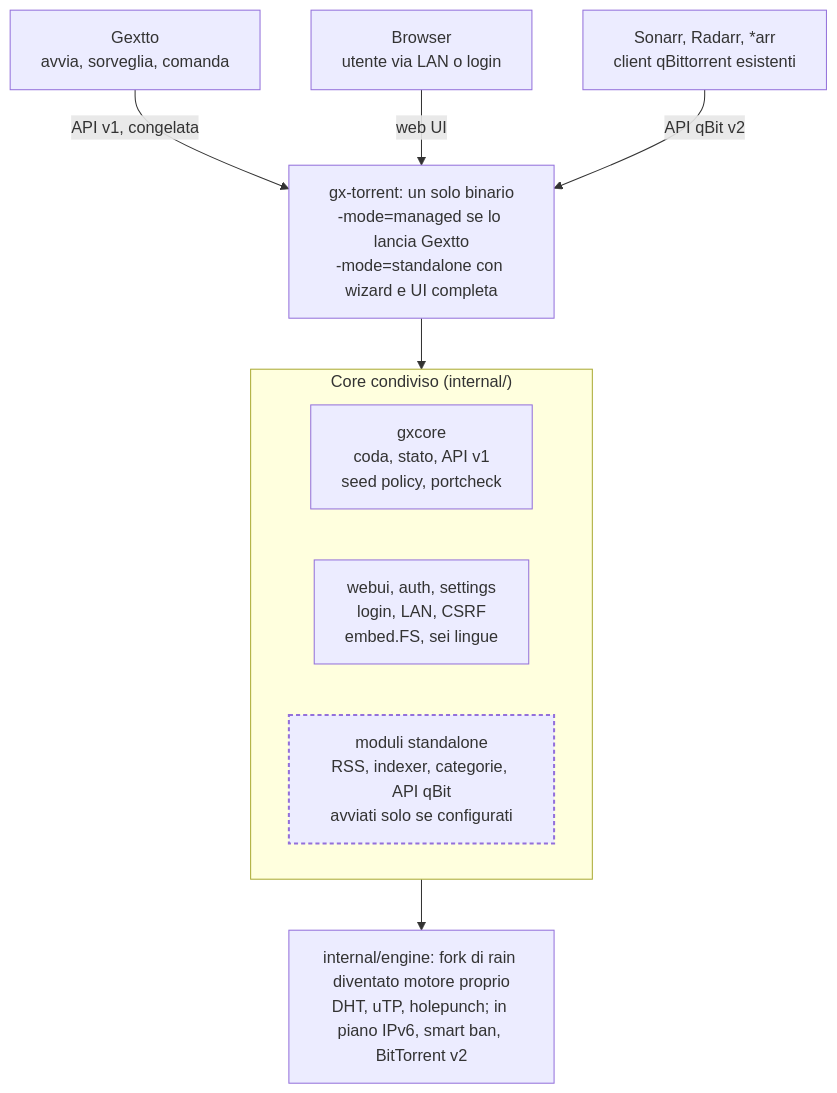
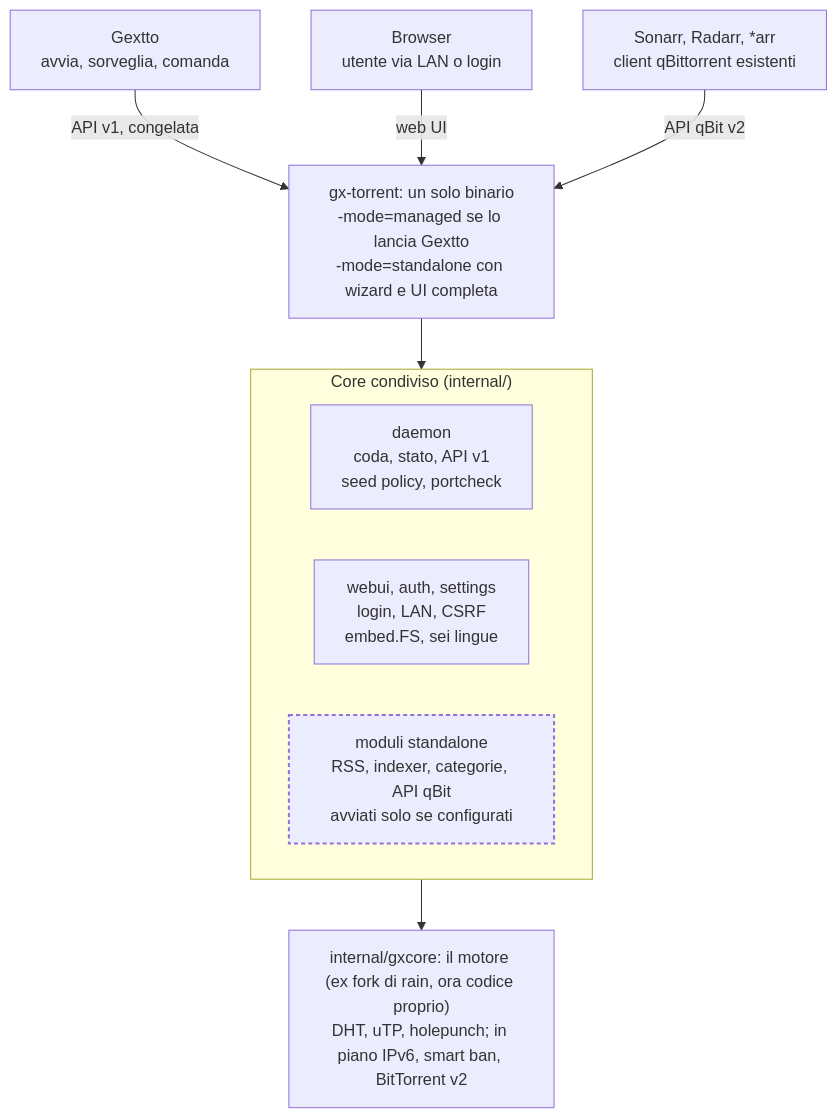
One commit to buzzqw/gextto changed the diagram in docs/gx-torrent-evoluto.md. Above: the diagram before and after it, drawn with Mermaid. The commit also changed other lines of this file and 309 other files, not shown here.

First line of the commit message:
refactor(engine): rinomina il motore in gx-core e rimuove le tracce di rain

````diff
--- a/docs/gx-torrent-evoluto.md
+++ b/docs/gx-torrent-evoluto.md
@@ -266,19 +267,19 @@
 ```mermaid
 flowchart TB
     G["Gextto<br/>avvia, sorveglia, comanda"]
     B["Browser<br/>utente via LAN o login"]
     A["Sonarr, Radarr, *arr<br/>client qBittorrent esistenti"]
     X["gx-torrent: un solo binario<br/>-mode=managed se lo lancia Gextto<br/>-mode=standalone con wizard e UI completa"]
     subgraph CORE["Core condiviso (internal/)"]
-        C1["gxcore<br/>coda, stato, API v1<br/>seed policy, portcheck"]
+        C1["daemon<br/>coda, stato, API v1<br/>seed policy, portcheck"]
         C2["webui, auth, settings<br/>login, LAN, CSRF<br/>embed.FS, sei lingue"]
         C3["moduli standalone<br/>RSS, indexer, categorie, API qBit<br/>avviati solo se configurati"]
     end
-    E["internal/engine: fork di rain diventato motore proprio<br/>DHT, uTP, holepunch; in piano IPv6, smart ban, BitTorrent v2"]
+    E["internal/gxcore: il motore (ex fork di rain, ora codice proprio)<br/>DHT, uTP, holepunch; in piano IPv6, smart ban, BitTorrent v2"]
     G -- "API v1, congelata" --> X
     B -- "web UI" --> X
     A -- "API qBit v2" --> X
     X --> CORE
     CORE --> E
     style C3 stroke-width:2px,stroke-dasharray:4 3
 ```
````
